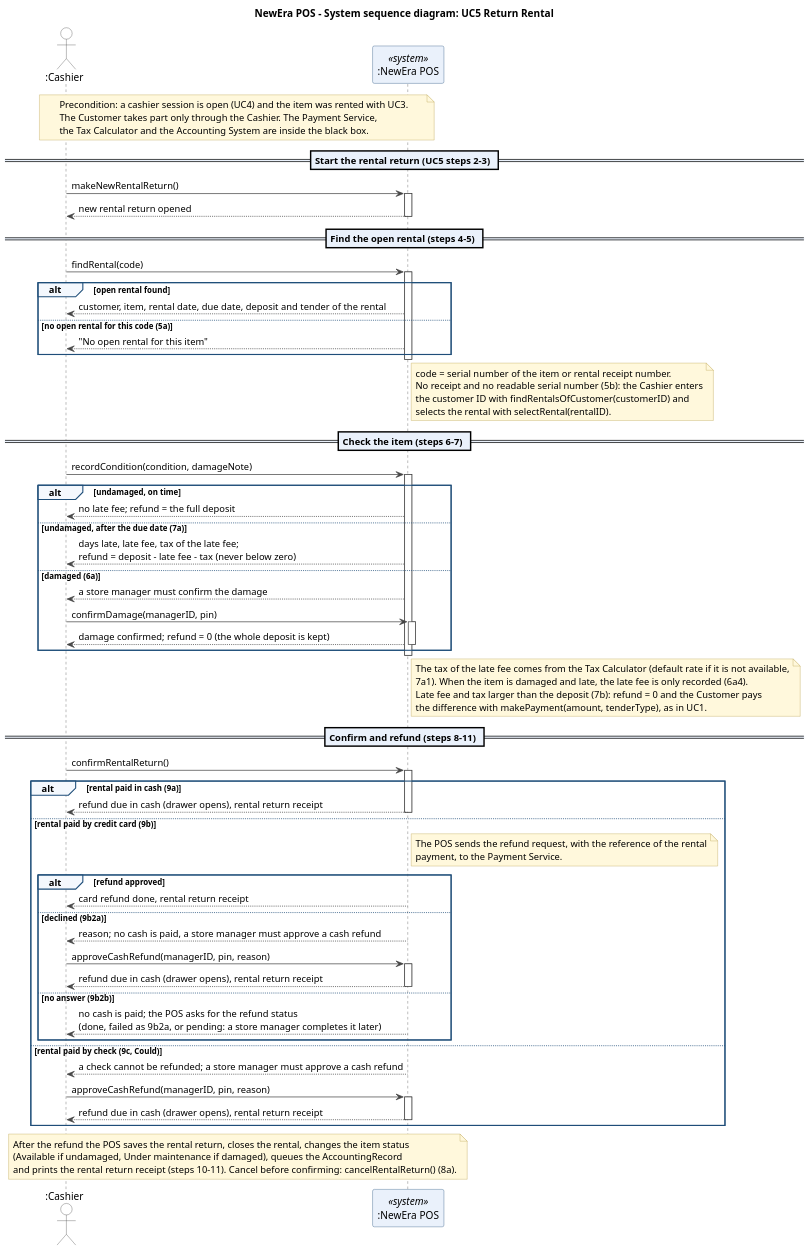
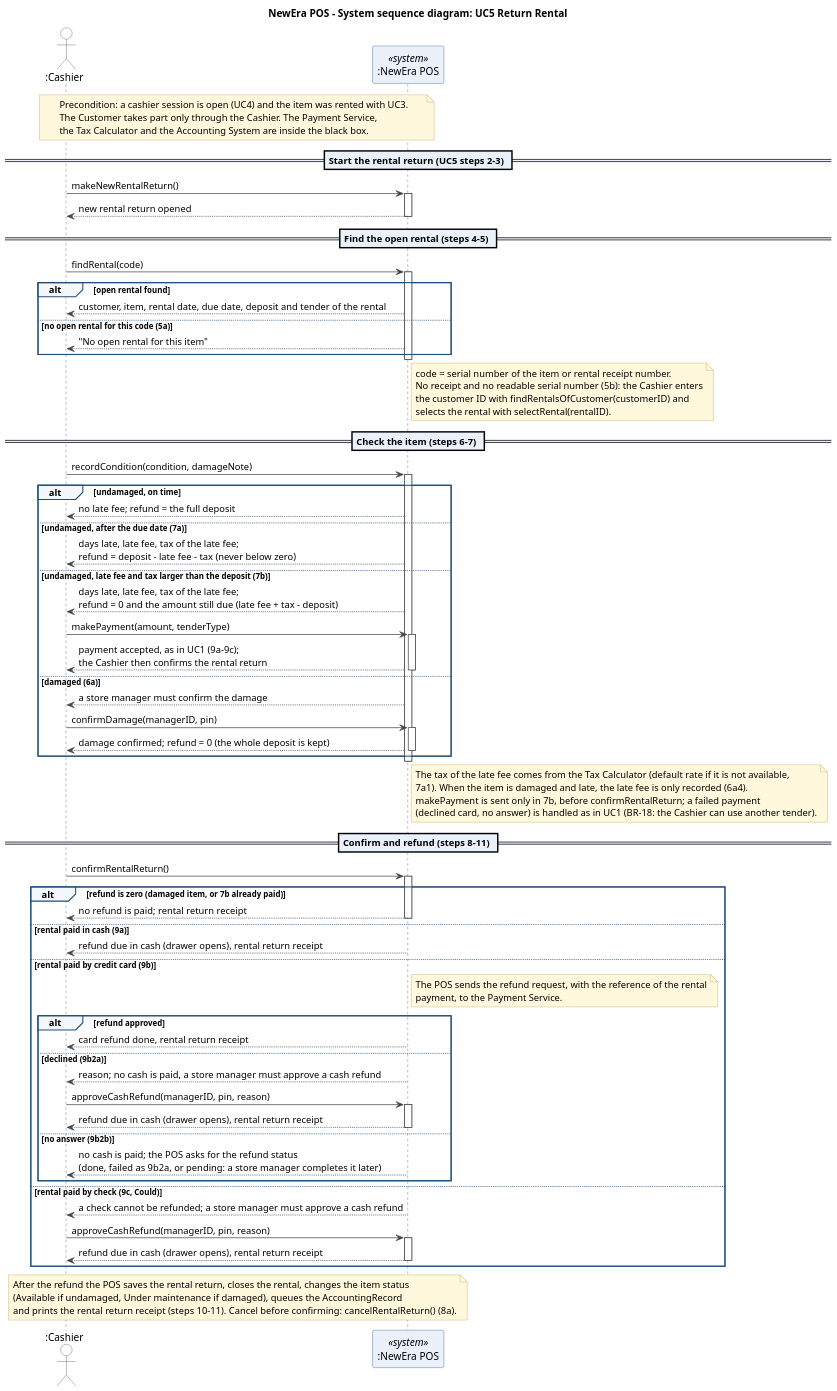
Before and after one commit to bhsei/26D: the diagram in assets/ssd_uc5.puml, drawn with PlantUML. The commit also changed 4 other files, not shown here.

Commit message:
W9 - System sequence diagrams v0.8; outcomes of 6c, 3a and 7b, rental return in closeSession, manager in confirmSessionReview (#54, comments 1 to 6)

```diff
--- a/assets/ssd_uc5.puml
+++ b/assets/ssd_uc5.puml
@@ -1,117 +1,126 @@
 @startuml
 ' NewEra POS - System sequence diagram of UC5 Return Rental (main scenario and main variants), W09
 ' Team D - editable source of assets/ssd_uc5.png
 ' Render with: java -jar plantuml.jar -tpng assets/ssd_uc5.puml
 ' Step numbers refer to UC5 in docs/requirements/SRS.md (W09).
 
 skinparam shadowing false
 skinparam dpi 130
 skinparam defaultFontName Arial
 skinparam ArrowColor #444444
 skinparam SequenceLifeLineBorderColor #444444
 skinparam ParticipantBorderColor #1F4E79
 skinparam ParticipantBackgroundColor #EAF1FB
 skinparam ActorBorderColor #444444
 skinparam ActorBackgroundColor #FFFFFF
 skinparam SequenceGroupBackgroundColor #F4F8FD
 skinparam SequenceGroupBorderColor #1F4E79
 skinparam SequenceDividerBackgroundColor #EAF1FB
 skinparam NoteBackgroundColor #FFF8DC
 skinparam NoteBorderColor #B8A04A
 skinparam responseMessageBelowArrow true
 
 title NewEra POS - System sequence diagram: UC5 Return Rental
 
 actor ":Cashier" as Cashier
 participant ":NewEra POS" as POS <<system>>
 
 note over Cashier, POS
   Precondition: a cashier session is open (UC4) and the item was rented with UC3.
   The Customer takes part only through the Cashier. The Payment Service,
   the Tax Calculator and the Accounting System are inside the black box.
 end note
 
 == Start the rental return (UC5 steps 2-3) ==
 Cashier -> POS : makeNewRentalReturn()
 activate POS
 POS --> Cashier : new rental return opened
 deactivate POS
 
 == Find the open rental (steps 4-5) ==
 Cashier -> POS : findRental(code)
 activate POS
 alt open rental found
   POS --> Cashier : customer, item, rental date, due date, deposit and tender of the rental
 else no open rental for this code (5a)
   POS --> Cashier : "No open rental for this item"
 end
 deactivate POS
 note right of POS
   code = serial number of the item or rental receipt number.
   No receipt and no readable serial number (5b): the Cashier enters
   the customer ID with findRentalsOfCustomer(customerID) and
   selects the rental with selectRental(rentalID).
 end note
 
 == Check the item (steps 6-7) ==
 Cashier -> POS : recordCondition(condition, damageNote)
 activate POS
 alt undamaged, on time
   POS --> Cashier : no late fee; refund = the full deposit
 else undamaged, after the due date (7a)
   POS --> Cashier : days late, late fee, tax of the late fee;\nrefund = deposit - late fee - tax (never below zero)
+else undamaged, late fee and tax larger than the deposit (7b)
+  POS --> Cashier : days late, late fee, tax of the late fee;\nrefund = 0 and the amount still due (late fee + tax - deposit)
+  Cashier -> POS : makePayment(amount, tenderType)
+  activate POS
+  POS --> Cashier : payment accepted, as in UC1 (9a-9c);\nthe Cashier then confirms the rental return
+  deactivate POS
 else damaged (6a)
   POS --> Cashier : a store manager must confirm the damage
   Cashier -> POS : confirmDamage(managerID, pin)
   activate POS
   POS --> Cashier : damage confirmed; refund = 0 (the whole deposit is kept)
   deactivate POS
 end
 deactivate POS
 note right of POS
   The tax of the late fee comes from the Tax Calculator (default rate if it is not available,
   7a1). When the item is damaged and late, the late fee is only recorded (6a4).
-  Late fee and tax larger than the deposit (7b): refund = 0 and the Customer pays
-  the difference with makePayment(amount, tenderType), as in UC1.
+  makePayment is sent only in 7b, before confirmRentalReturn; a failed payment
+  (declined card, no answer) is handled as in UC1 (BR-18: the Cashier can use another tender).
 end note
 
 == Confirm and refund (steps 8-11) ==
 Cashier -> POS : confirmRentalReturn()
 activate POS
-alt rental paid in cash (9a)
+alt refund is zero (damaged item, or 7b already paid)
+  POS --> Cashier : no refund is paid; rental return receipt
+  deactivate POS
+else rental paid in cash (9a)
   POS --> Cashier : refund due in cash (drawer opens), rental return receipt
   deactivate POS
 else rental paid by credit card (9b)
   note right of POS
     The POS sends the refund request, with the reference of the rental
     payment, to the Payment Service.
   end note
   alt refund approved
     POS --> Cashier : card refund done, rental return receipt
     deactivate POS
   else declined (9b2a)
     POS --> Cashier : reason; no cash is paid, a store manager must approve a cash refund
     deactivate POS
     Cashier -> POS : approveCashRefund(managerID, pin, reason)
     activate POS
     POS --> Cashier : refund due in cash (drawer opens), rental return receipt
     deactivate POS
   else no answer (9b2b)
     POS --> Cashier : no cash is paid; the POS asks for the refund status\n(done, failed as 9b2a, or pending: a store manager completes it later)
     deactivate POS
   end
 else rental paid by check (9c, Could)
   POS --> Cashier : a check cannot be refunded; a store manager must approve a cash refund
   deactivate POS
   Cashier -> POS : approveCashRefund(managerID, pin, reason)
   activate POS
   POS --> Cashier : refund due in cash (drawer opens), rental return receipt
   deactivate POS
 end
 
 note over Cashier, POS
   After the refund the POS saves the rental return, closes the rental, changes the item status
   (Available if undamaged, Under maintenance if damaged), queues the AccountingRecord
   and prints the rental return receipt (steps 10-11). Cancel before confirming: cancelRentalReturn() (8a).
 end note
 @enduml
```
